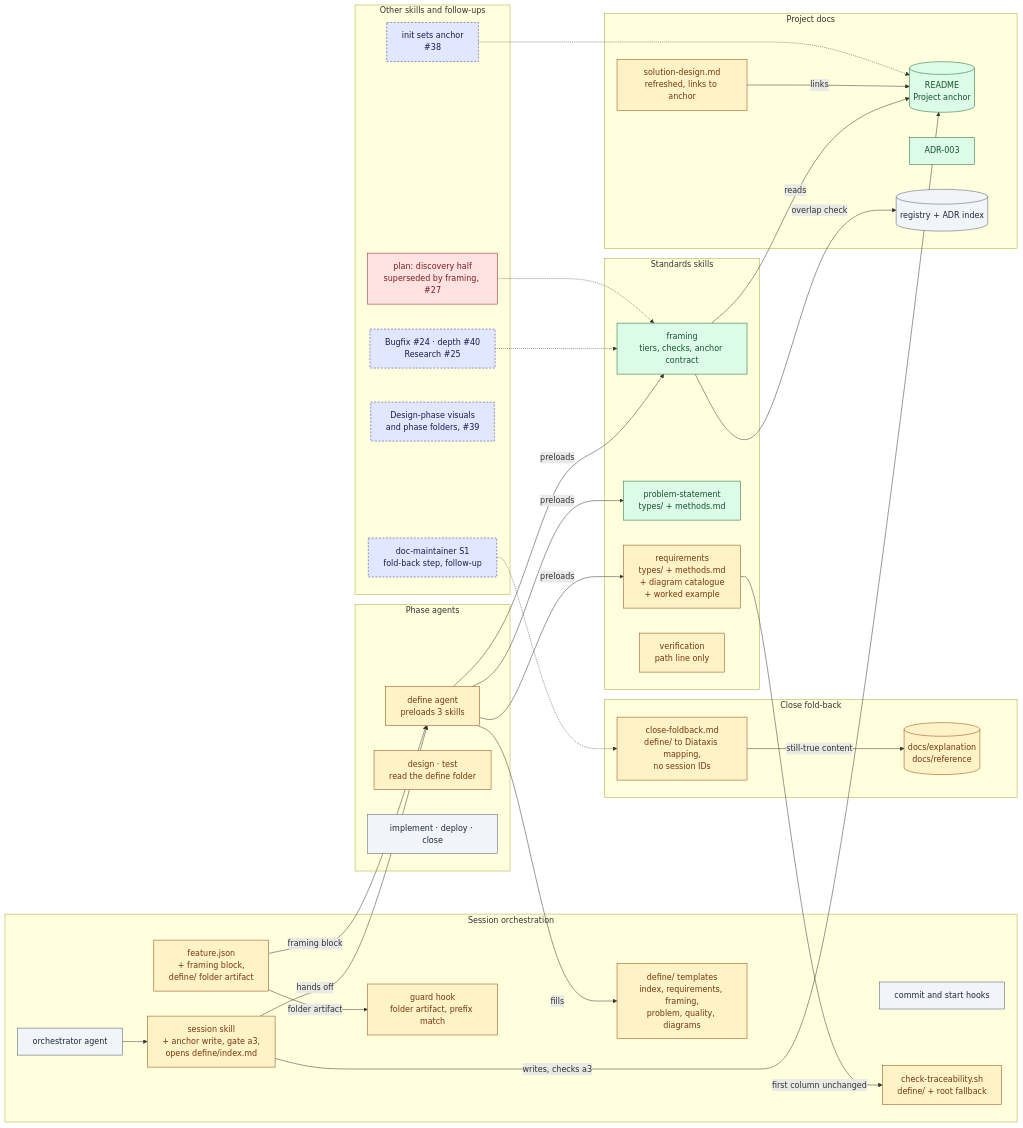
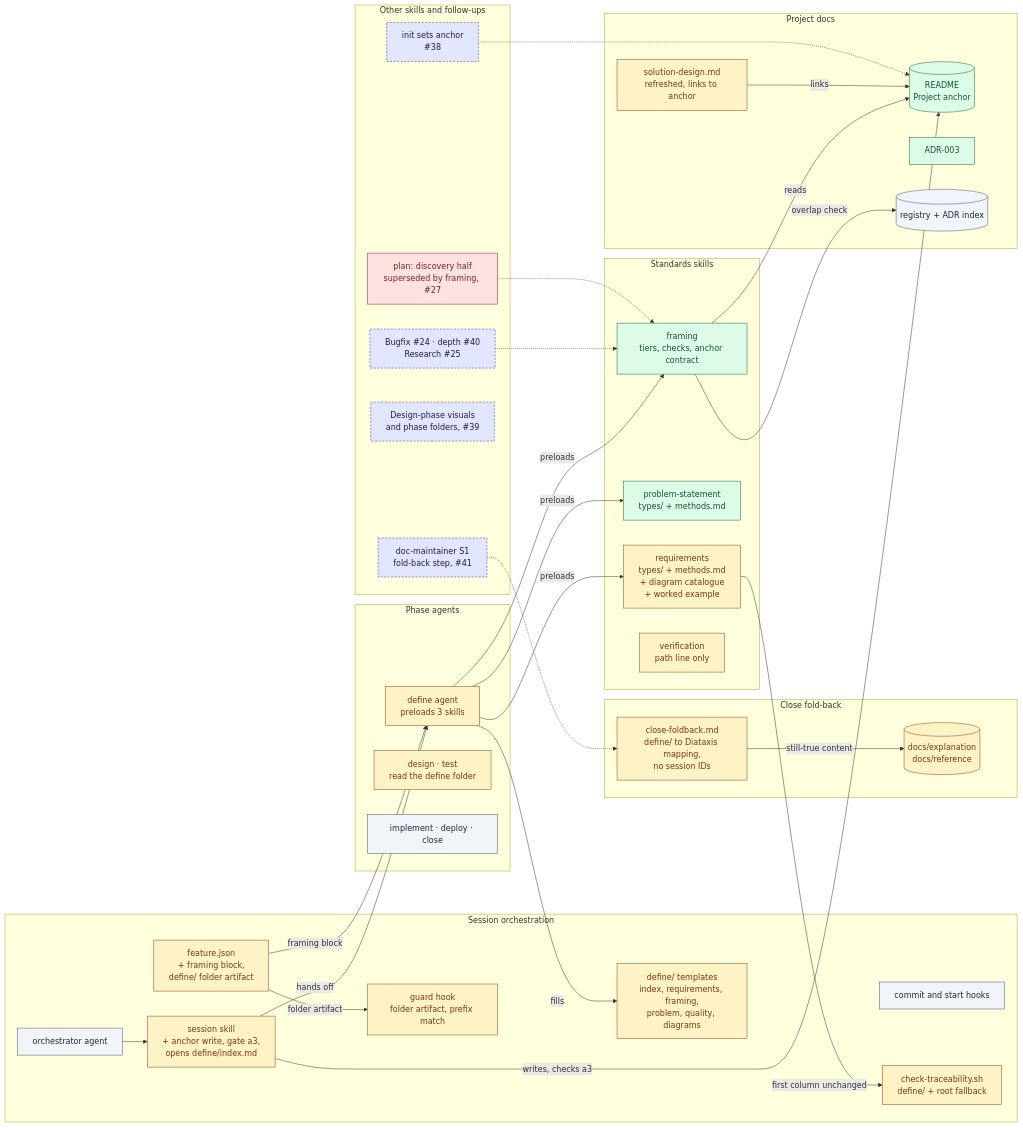
One commit to dkoenawan/compass-labs changed the third of 4 diagrams in docs/sessions/2026-09-25-define-phase-depth/design.md. Above: the diagram before and after it, drawn with Mermaid. The commit also changed other lines of this file and 1 other file, not shown here.

````diff
--- a/docs/sessions/2026-09-25-define-phase-depth/design.md
+++ b/docs/sessions/2026-09-25-define-phase-depth/design.md
@@ -268,63 +274,63 @@
 ```mermaid
 flowchart LR
   classDef new fill:#DCFCE7,stroke:#166534,color:#14532D
   classDef changed fill:#FEF3C7,stroke:#92400E,color:#78350F
   classDef unchanged fill:#F1F5F9,stroke:#475569,color:#1E293B
   classDef planned fill:#E0E7FF,stroke:#3730A3,color:#1E1B4B,stroke-dasharray:4 3
   classDef superseded fill:#FEE2E2,stroke:#991B1B,color:#7F1D1D
 
   subgraph ORCH["Session orchestration"]
     OA[orchestrator agent]:::unchanged
     SS[session skill<br/>+ anchor write, gate a3,<br/>opens define/index.md]:::changed
     FJ[feature.json<br/>+ framing block,<br/>define/ folder artifact]:::changed
     RT[define/ templates<br/>index, requirements, framing,<br/>problem, quality, diagrams]:::changed
     HK[guard hook<br/>folder artifact, prefix match]:::changed
     CH[commit and start hooks]:::unchanged
     TR[check-traceability.sh<br/>define/ + root fallback]:::changed
   end
   subgraph AG["Phase agents"]
     DA[define agent<br/>preloads 3 skills]:::changed
     LA1["design · test<br/>read the define folder"]:::changed
     LA2[implement · deploy · close]:::unchanged
   end
   subgraph STD["Standards skills"]
     FR[framing<br/>tiers, checks, anchor contract]:::new
     PSK[problem-statement<br/>types/ + methods.md]:::new
     RQK[requirements<br/>types/ + methods.md<br/>+ diagram catalogue<br/>+ worked example]:::changed
     VR[verification<br/>path line only]:::changed
   end
   subgraph DOCS["Project docs"]
     AN[("README<br/>Project anchor")]:::new
     SD[solution-design.md<br/>refreshed, links to anchor]:::changed
     ADR[ADR-003]:::new
     REG[("registry + ADR index")]:::unchanged
   end
   subgraph LATER["Other skills and follow-ups"]
     PL[plan: discovery half<br/>superseded by framing, #27]:::superseded
     IN[init sets anchor<br/>#38]:::planned
     BRS[Bugfix #24 · depth #40<br/>Research #25]:::planned
     DV[Design-phase visuals<br/>and phase folders, #39]:::planned
-    DM[doc-maintainer S1<br/>fold-back step, follow-up]:::planned
+    DM[doc-maintainer S1<br/>fold-back step, #41]:::planned
   end
   subgraph CLOSE["Close fold-back"]
     CF[close-foldback.md<br/>define/ to Diataxis mapping,<br/>no session IDs]:::changed
     DT[("docs/explanation<br/>docs/reference")]:::changed
   end
   CF -->|"still-true content"| DT
   DM -.-> CF
 
   OA --> SS
   SS -- hands off --> DA
   FJ -- framing block --> DA
   FJ -->|"folder artifact"| HK
   DA -- preloads --> FR & PSK & RQK
   DA -- fills --> RT
   FR -- reads --> AN
   FR -- overlap check --> REG
   SS -- writes, checks a3 --> AN
   RQK -->|"first column unchanged"| TR
   SD -- links --> AN
   IN -.-> AN
   BRS -.-> FR
   PL -.-> FR
 ```
````
